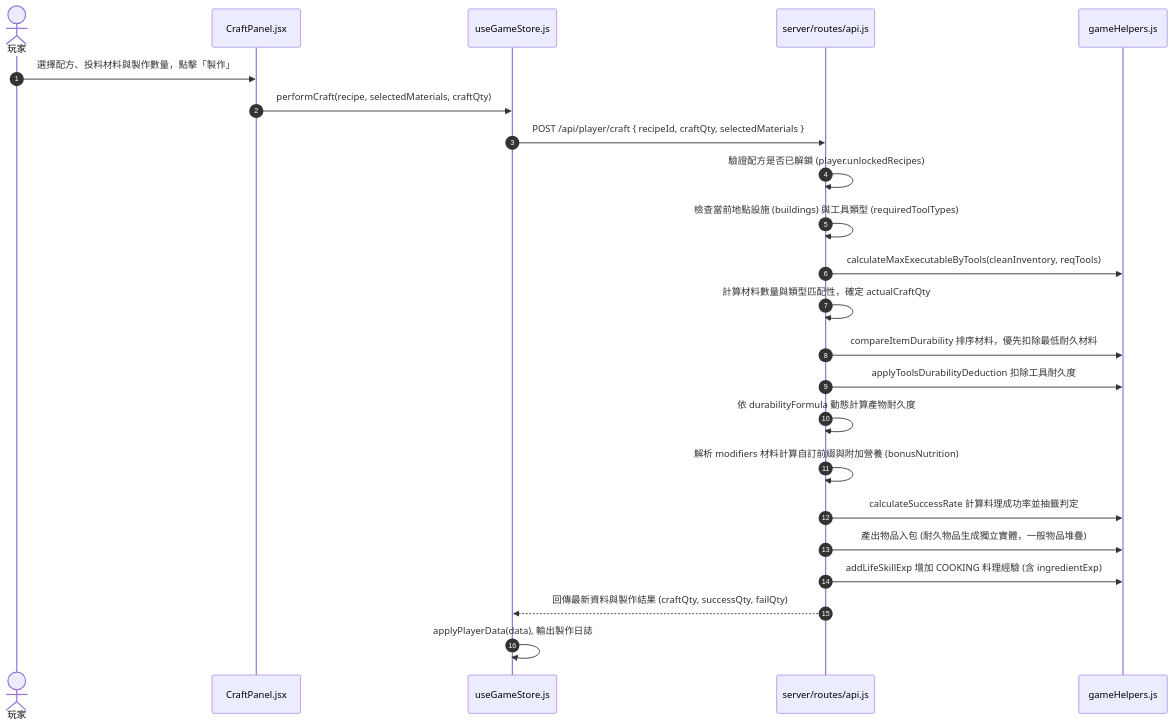
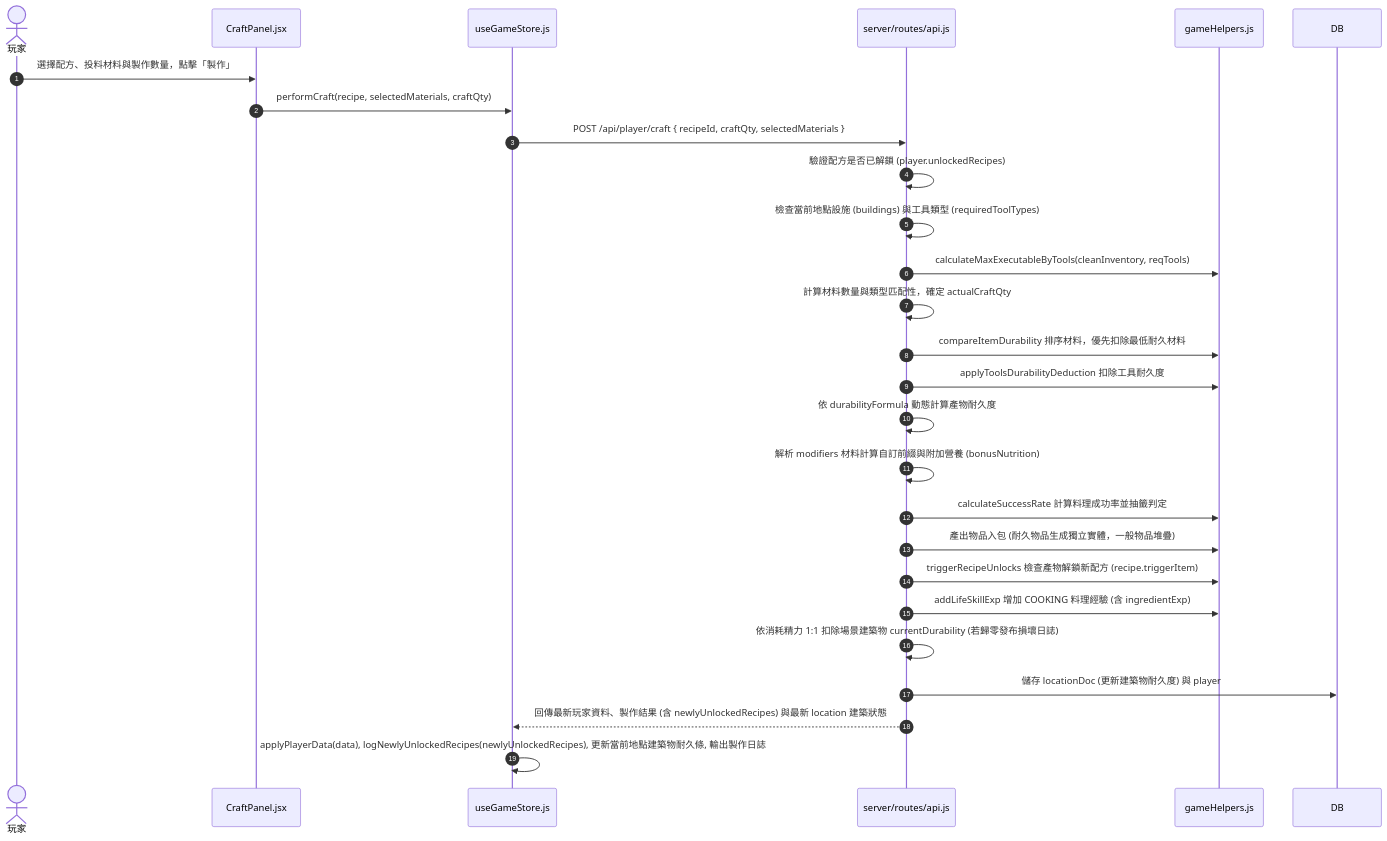
The fifth of 16 diagrams in README.md (csiehsu/Aether-Immersion), drawn with Mermaid before and after one commit. The commit also changed other lines of this file and 8 other files, not shown here.

````diff
--- a/README.md
+++ b/README.md
@@ -373,26 +381,29 @@
 ```mermaid
 sequenceDiagram
     autonumber
     actor Player as 玩家
     participant View as CraftPanel.jsx
     participant Store as useGameStore.js
     participant API as server/routes/api.js
     participant Helper as gameHelpers.js
 
     Player->>View: 選擇配方、投料材料與製作數量，點擊「製作」
     View->>Store: performCraft(recipe, selectedMaterials, craftQty)
     Store->>API: POST /api/player/craft { recipeId, craftQty, selectedMaterials }
     API->>API: 驗證配方是否已解鎖 (player.unlockedRecipes)
     API->>API: 檢查當前地點設施 (buildings) 與工具類型 (requiredToolTypes)
     API->>Helper: calculateMaxExecutableByTools(cleanInventory, reqTools)
     API->>API: 計算材料數量與類型匹配性，確定 actualCraftQty
     API->>Helper: compareItemDurability 排序材料，優先扣除最低耐久材料
     API->>Helper: applyToolsDurabilityDeduction 扣除工具耐久度
     API->>API: 依 durabilityFormula 動態計算產物耐久度
     API->>API: 解析 modifiers 材料計算自訂前綴與附加營養 (bonusNutrition)
     API->>Helper: calculateSuccessRate 計算料理成功率並抽籤判定
     API->>Helper: 產出物品入包 (耐久物品生成獨立實體，一般物品堆疊)
+    API->>Helper: triggerRecipeUnlocks 檢查產物解鎖新配方 (recipe.triggerItem)
     API->>Helper: addLifeSkillExp 增加 COOKING 料理經驗 (含 ingredientExp)
-    API-->>Store: 回傳最新資料與製作結果 (craftQty, successQty, failQty)
-    Store->>Store: applyPlayerData(data), 輸出製作日誌
+    API->>API: 依消耗精力 1:1 扣除場景建築物 currentDurability (若歸零發布損壞日誌)
+    API->>DB: 儲存 locationDoc (更新建築物耐久度) 與 player
+    API-->>Store: 回傳最新玩家資料、製作結果 (含 newlyUnlockedRecipes) 與最新 location 建築狀態
+    Store->>Store: applyPlayerData(data), logNewlyUnlockedRecipes(newlyUnlockedRecipes), 更新當前地點建築物耐久條, 輸出製作日誌
 ```
````
